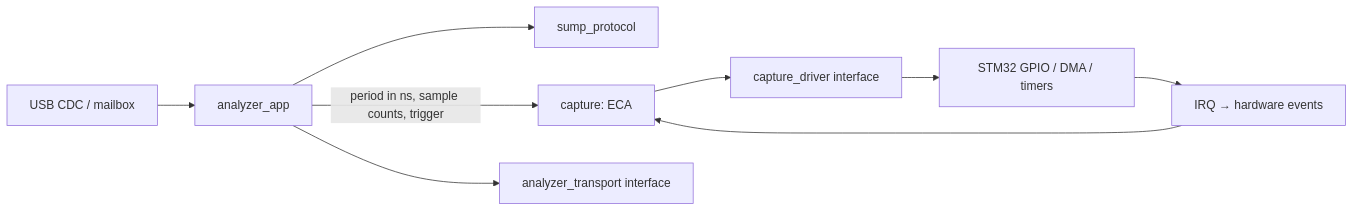
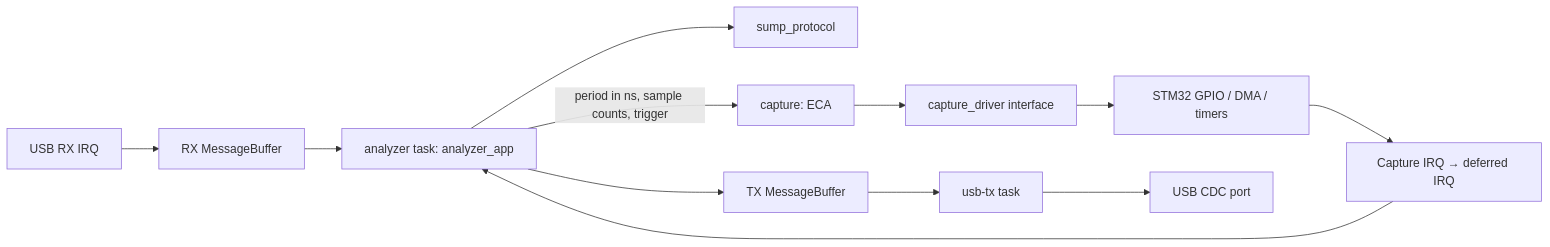
The diagram in docs/architecture.md (ALLeksandrOrlov/stm32-sump-analyzer), drawn with Mermaid before and after one commit. The commit also changed other lines of this file and 74 other files, not shown here.

Commit message:
Separate USB reception, analyzer logic and transmission with FreeRTOS

````diff
--- a/docs/architecture.md
+++ b/docs/architecture.md
@@ -7,11 +7,14 @@
 ```mermaid
 flowchart LR
-    USB[USB CDC / mailbox] --> APP[analyzer_app]
+    USB[USB RX IRQ] --> RX[RX MessageBuffer]
+    RX --> APP[analyzer task: analyzer_app]
     APP --> SUMP[sump_protocol]
     APP -->|period in ns, sample counts, trigger| CTRL[capture: ECA]
     CTRL --> PORT[capture_driver interface]
     PORT --> STM[STM32 GPIO / DMA / timers]
-    APP --> TX[analyzer_transport interface]
-    STM --> EVENTS[IRQ → hardware events]
-    EVENTS --> CTRL
+    APP --> TX[TX MessageBuffer]
+    TX --> WORKER[usb-tx task]
+    WORKER --> CDC[USB CDC port]
+    STM --> EVENTS[Capture IRQ → deferred IRQ]
+    EVENTS --> APP
 ```
````
